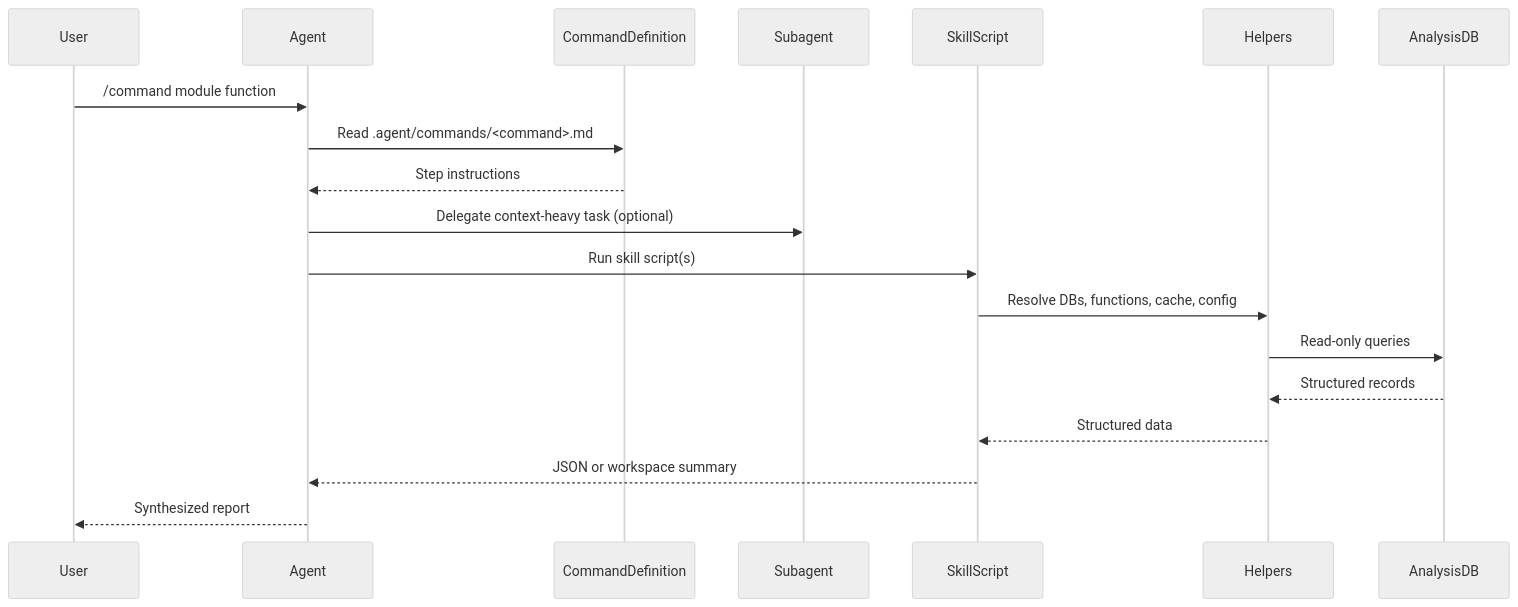
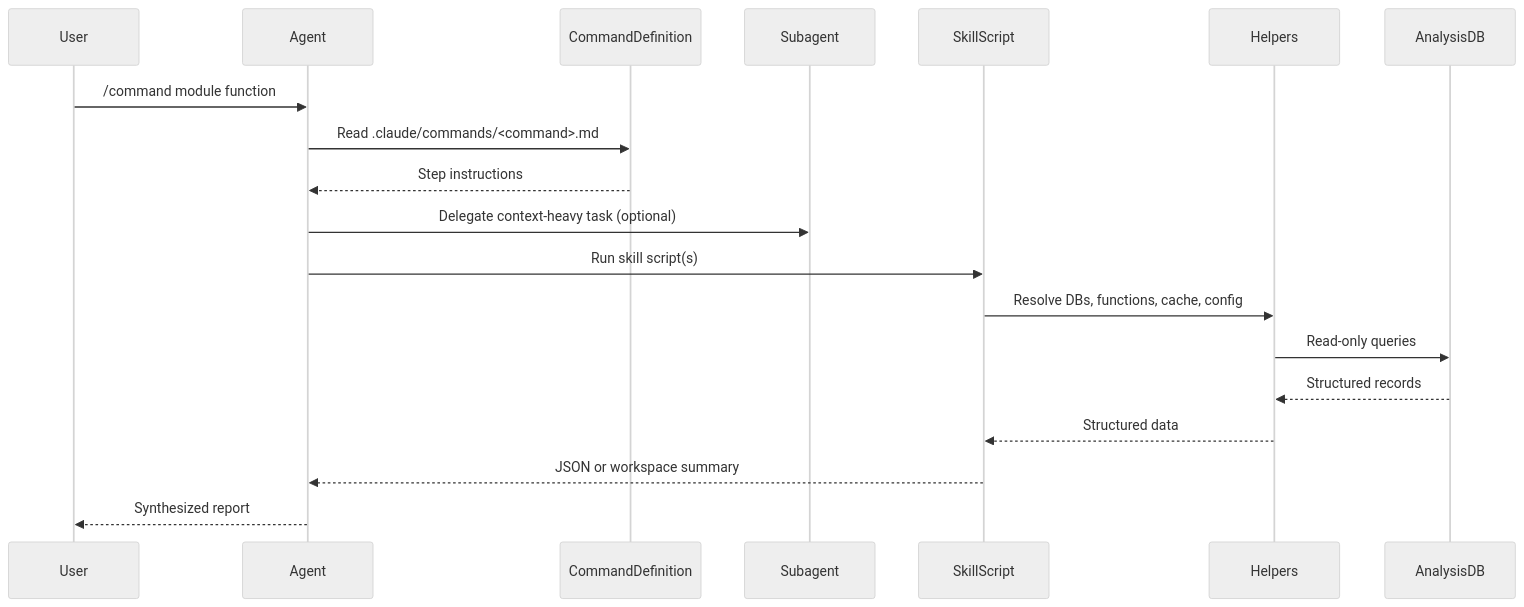
The second of 2 diagrams in docs/architecture.md (marcosd4h/DeepExtractRuntime), drawn with Mermaid (neutral theme) before and after one commit. The commit also changed other lines of this file and 173 other files, not shown here.

Commit message:
rename runtime directory convention from .agent/AGENTS.md to .claude/CLAUDE.md across files

````diff
--- a/docs/architecture.md
+++ b/docs/architecture.md
@@ -177,22 +177,22 @@
 ```mermaid
 sequenceDiagram
     participant User
     participant Agent
     participant Command as CommandDefinition
     participant Subagent
     participant Skill as SkillScript
     participant Helpers
     participant DB as AnalysisDB
 
     User->>Agent: /command module function
-    Agent->>Command: Read .agent/commands/<command>.md
+    Agent->>Command: Read .claude/commands/<command>.md
     Command-->>Agent: Step instructions
     Agent->>Subagent: Delegate context-heavy task (optional)
     Agent->>Skill: Run skill script(s)
     Skill->>Helpers: Resolve DBs, functions, cache, config
     Helpers->>DB: Read-only queries
     DB-->>Helpers: Structured records
     Helpers-->>Skill: Structured data
     Skill-->>Agent: JSON or workspace summary
     Agent-->>User: Synthesized report
 ```
````
